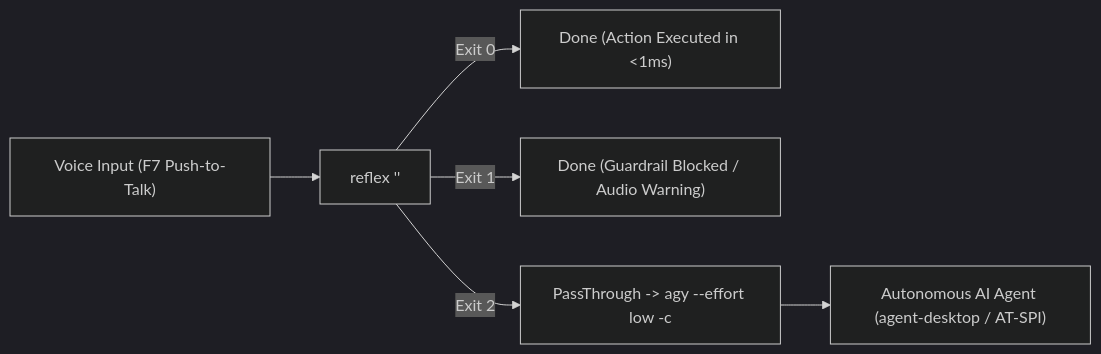
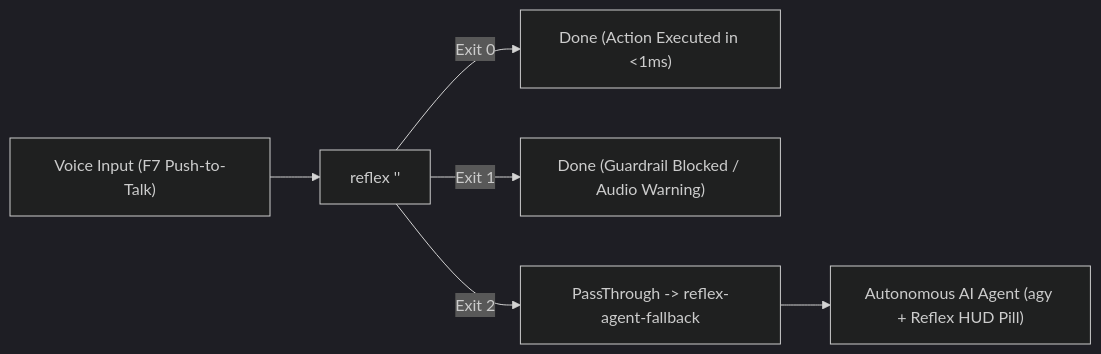
Before and after one commit to itshimelz/reflex: the second of 2 diagrams in COMMANDS.md, drawn with Mermaid (dark theme). The commit also changed other lines of this file and 34 other files, not shown here.

````diff
--- a/COMMANDS.md
+++ b/COMMANDS.md
@@ -205,8 +259,8 @@
 ```mermaid
 flowchart LR
     A["Voice Input (F7 Push-to-Talk)"] --> B["reflex '<transcript>'"]
     B -->|Exit 0| C["Done (Action Executed in <1ms)"]
     B -->|Exit 1| D["Done (Guardrail Blocked / Audio Warning)"]
-    B -->|Exit 2| E["PassThrough -> agy --effort low -c"]
-    E --> F["Autonomous AI Agent (agent-desktop / AT-SPI)"]
+    B -->|Exit 2| E["PassThrough -> reflex-agent-fallback"]
+    E --> F["Autonomous AI Agent (agy + Reflex HUD Pill)"]
 ```
````
